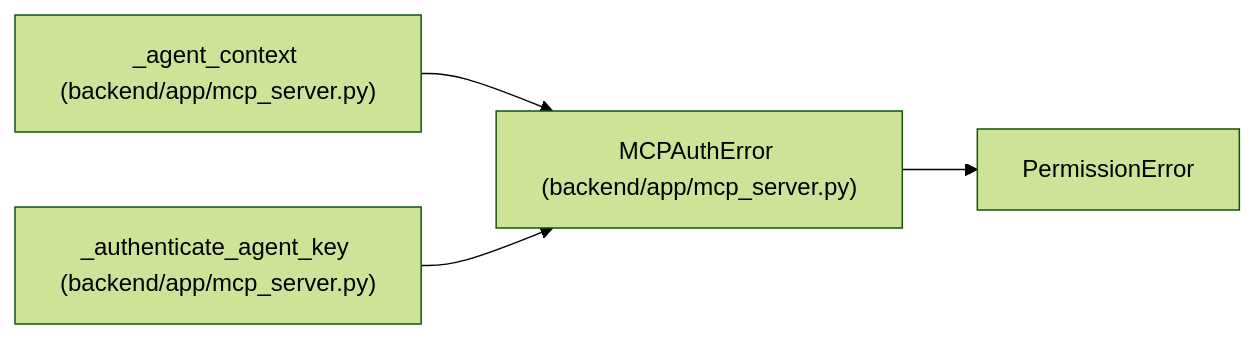
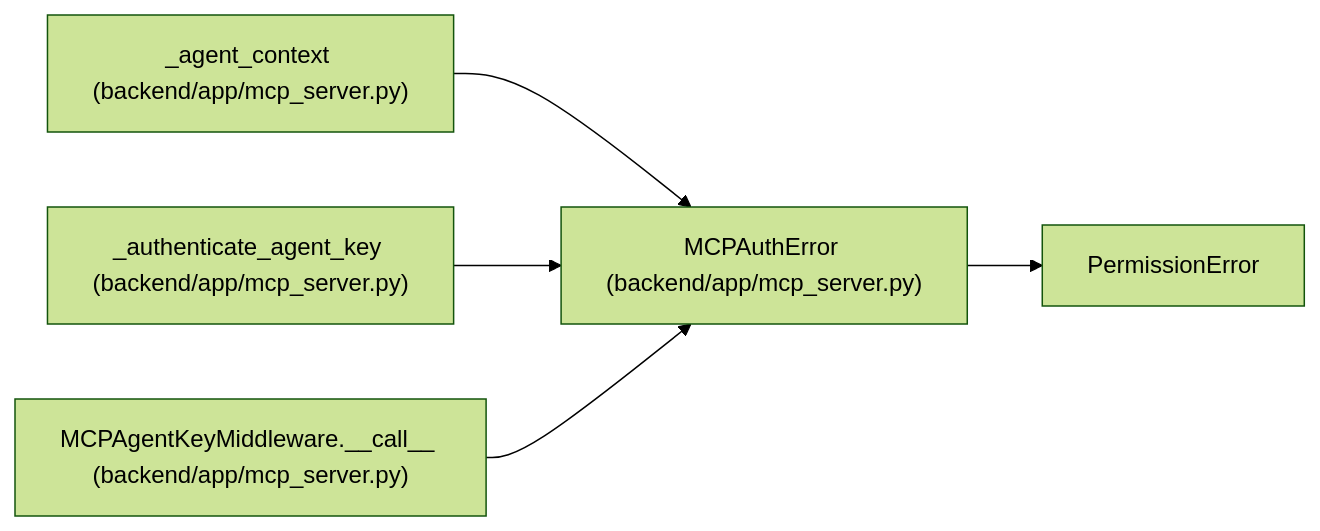
One commit to Denissvgn/WorkChord changed the diagram in docs/llm_wiki/entities/MCPAuthError.md. Above: the diagram before and after it, drawn with Mermaid (forest theme). The commit also changed other lines of this file and 958 other files, not shown here.

First line of the commit message:
docs(wiki): refresh identity and recovery architecture

````diff
--- a/docs/llm_wiki/entities/MCPAuthError.md
+++ b/docs/llm_wiki/entities/MCPAuthError.md
@@ -23,13 +23,16 @@
 ```mermaid
 flowchart LR
     n0["MCPAuthError (backend/app/mcp_server.py)"]
     n1["PermissionError"]
     n2["_agent_context (backend/app/mcp_server.py)"]
     n3["_authenticate_agent_key (backend/app/mcp_server.py)"]
+    n4["MCPAgentKeyMiddleware.__call__ (backend/app/mcp_server.py)"]
     n0 --> n1
     n2 --> n0
     n3 --> n0
+    n4 --> n0
     click n0 "../modules/mcp_server.md"
     click n2 "../modules/mcp_server.md"
     click n3 "../modules/mcp_server.md"
+    click n4 "../modules/mcp_server.md"
 ```
````
